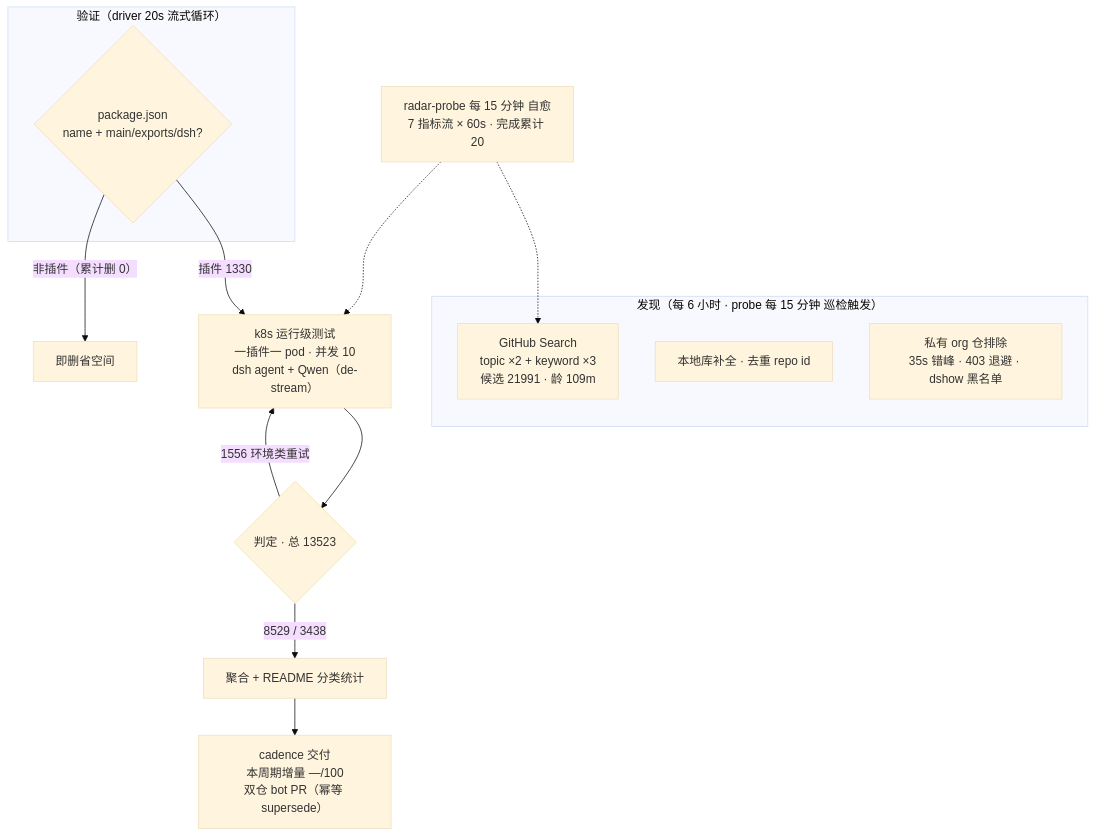
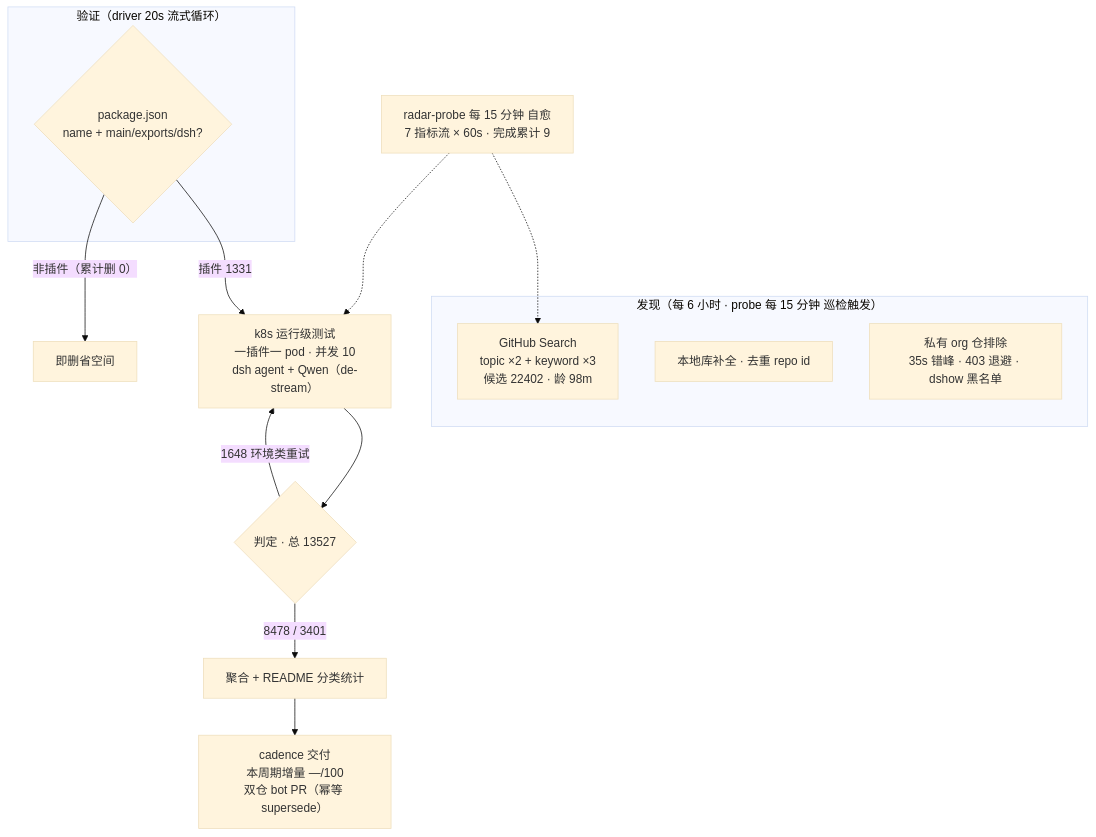
The diagram in README.md (1420079678-ctrl/dsh-plugin-radar), drawn with Mermaid (base theme) before and after one commit. The commit also changed other lines of this file and 17 other files, not shown here.

````diff
--- a/README.md
+++ b/README.md
@@ -62,20 +64,20 @@
 ```mermaid
 flowchart TB
     subgraph Discovery["发现（每 6 小时 · probe 每 15 分钟 巡检触发）"]
-        A1["GitHub Search<br/>topic ×2 + keyword ×3<br/>候选 21991 · 龄 109m"]
+        A1["GitHub Search<br/>topic ×2 + keyword ×3<br/>候选 22402 · 龄 98m"]
         A2["本地库补全 · 去重 repo id"]
         A3["私有 org 仓排除<br/>35s 错峰 · 403 退避 · dshow 黑名单"]
     end
     subgraph Validation["验证（driver 20s 流式循环）"]
         B1{"package.json<br/>name + main/exports/dsh?"}
     end
-    B1 -->|"插件 1330"| C1["k8s 运行级测试<br/>一插件一 pod · 并发 10<br/>dsh agent + Qwen（de-stream）"]
+    B1 -->|"插件 1331"| C1["k8s 运行级测试<br/>一插件一 pod · 并发 10<br/>dsh agent + Qwen（de-stream）"]
     B1 -->|"非插件（累计删 0）"| B3["即删省空间"]
-    C1 --> D1{"判定 · 总 13523"}
-    D1 -->|"8529 / 3438"| E1["聚合 + README 分类统计"]
-    D1 -->|"1556 环境类重试"| C1
+    C1 --> D1{"判定 · 总 13527"}
+    D1 -->|"8478 / 3401"| E1["聚合 + README 分类统计"]
+    D1 -->|"1648 环境类重试"| C1
     E1 --> E2["cadence 交付<br/>本周期增量 —/100<br/>双仓 bot PR（幂等 supersede）"]
-    M["radar-probe 每 15 分钟 自愈<br/>7 指标流 × 60s · 完成累计 20"]
+    M["radar-probe 每 15 分钟 自愈<br/>7 指标流 × 60s · 完成累计 9"]
     M -.-> A1
     M -.-> C1
 ```
````
